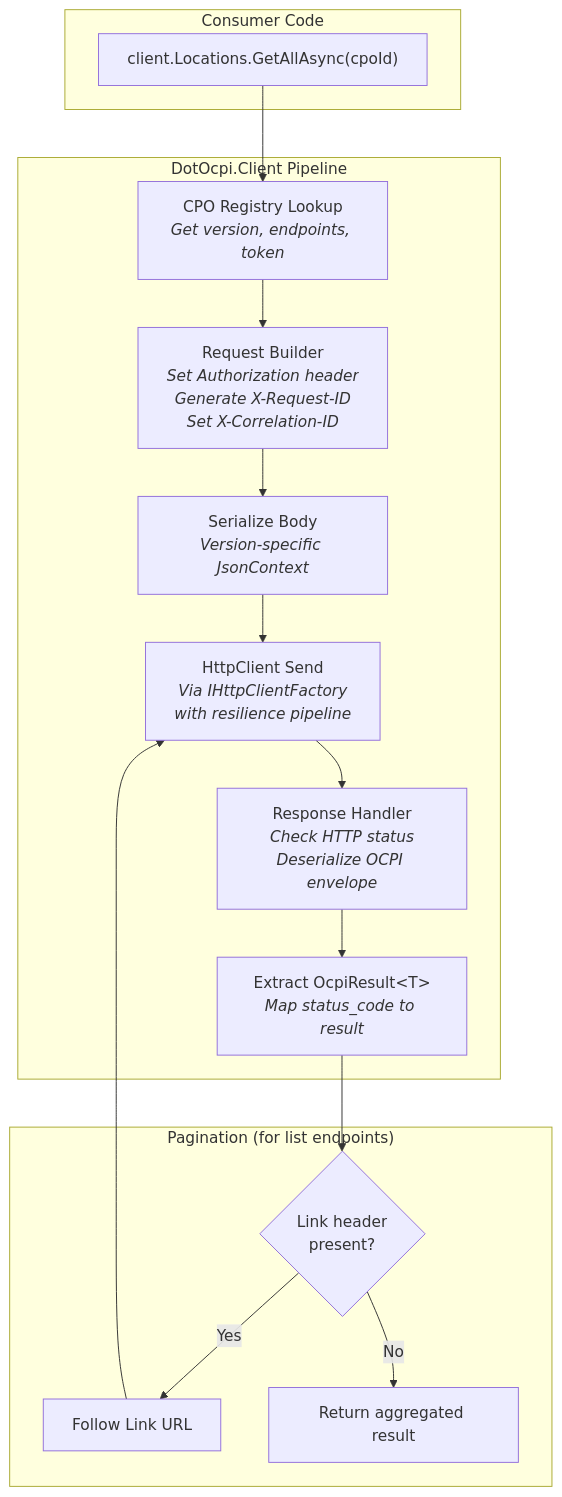
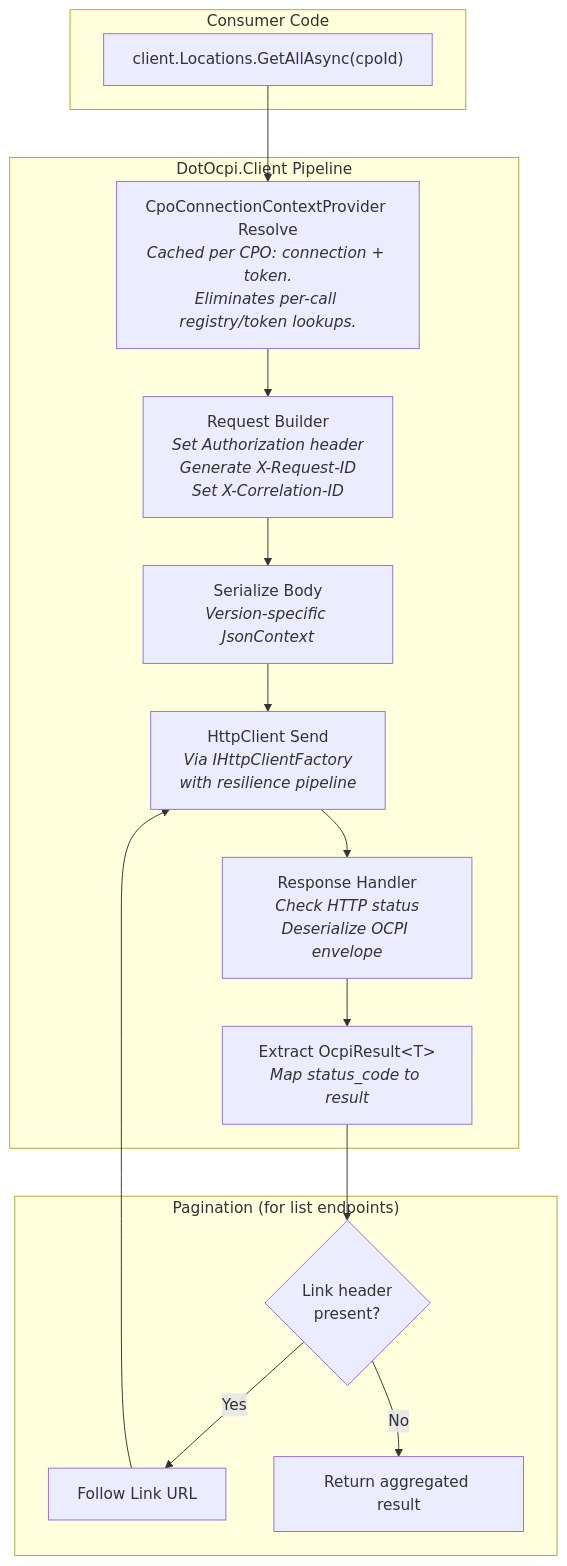
One commit to hannan-m/DotOcpi changed diagram 11 of 34 in docs/architecture.md. Above: the diagram before and after it, drawn with Mermaid. The commit also changed other lines of this file and 5 other files, not shown here.

````diff
--- a/docs/architecture.md
+++ b/docs/architecture.md
@@ -365,22 +366,22 @@
 ```mermaid
 graph TD
     subgraph "Consumer Code"
         Call["client.Locations.GetAllAsync(cpoId)"]
     end
 
     subgraph "DotOcpi.Client Pipeline"
-        Call --> Lookup[CPO Registry Lookup<br/><i>Get version, endpoints, token</i>]
-        Lookup --> Build[Request Builder<br/><i>Set Authorization header<br/>Generate X-Request-ID<br/>Set X-Correlation-ID</i>]
+        Call --> Resolve[CpoConnectionContextProvider Resolve<br/><i>Cached per CPO: connection + token.<br/>Eliminates per-call registry/token lookups.</i>]
+        Resolve --> Build[Request Builder<br/><i>Set Authorization header<br/>Generate X-Request-ID<br/>Set X-Correlation-ID</i>]
         Build --> Serialize[Serialize Body<br/><i>Version-specific JsonContext</i>]
         Serialize --> Send[HttpClient Send<br/><i>Via IHttpClientFactory<br/>with resilience pipeline</i>]
         Send --> Receive[Response Handler<br/><i>Check HTTP status<br/>Deserialize OCPI envelope</i>]
         Receive --> Extract["Extract OcpiResult&lt;T&gt;<br/><i>Map status_code to result</i>"]
     end
 
     subgraph "Pagination (for list endpoints)"
         Extract --> HasNext{Link header<br/>present?}
         HasNext -->|Yes| NextPage[Follow Link URL]
         NextPage --> Send
         HasNext -->|No| Done[Return aggregated result]
     end
 ```
````
